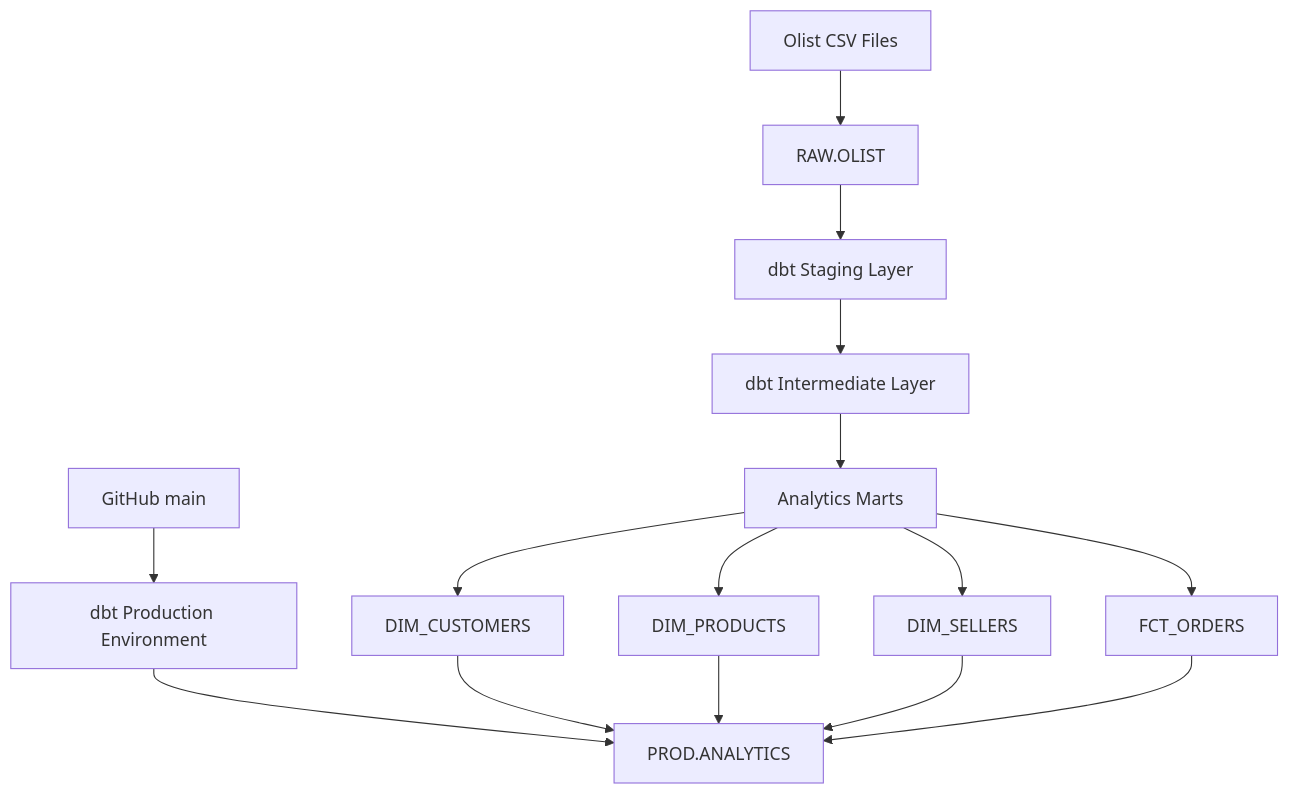
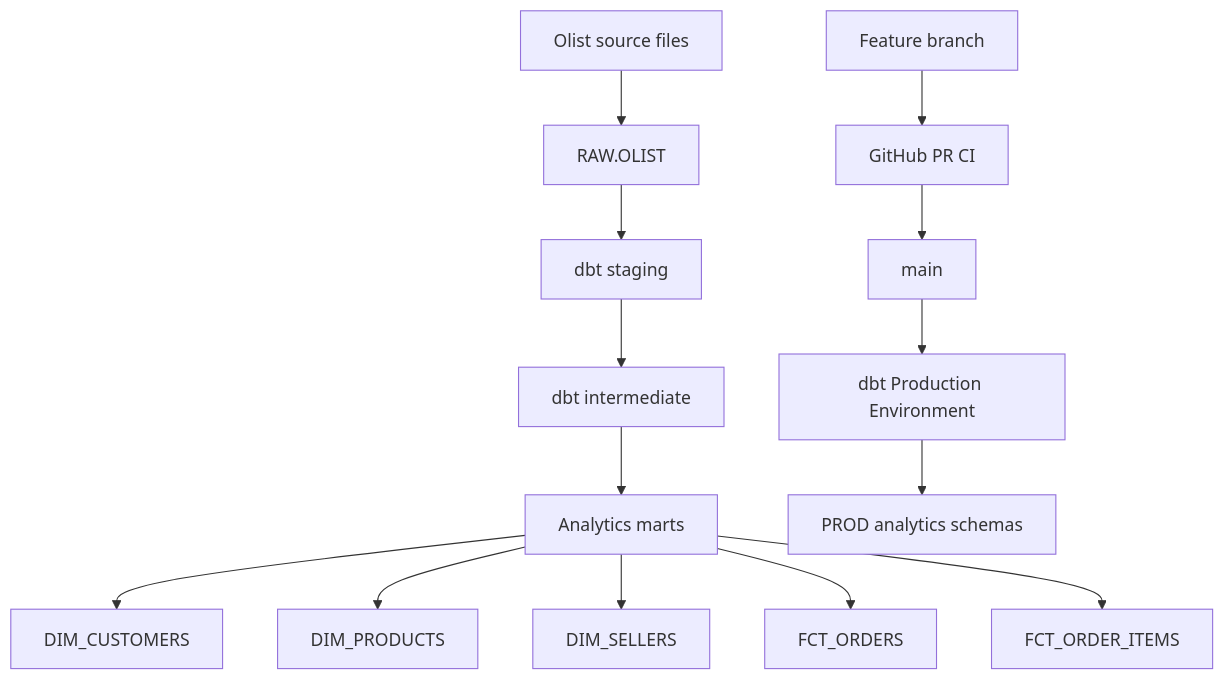
The diagram in README.md (Fuddie/olist-analytics), drawn with Mermaid before and after one commit. The commit also changed other lines of this file, not shown here.

Commit message:
Document production hardening architecture

````diff
--- a/README.md
+++ b/README.md
@@ -66,19 +47,18 @@
 ```mermaid
 flowchart TD
-    A[Olist CSV Files] --> B[RAW.OLIST]
-    B --> C[dbt Staging Layer]
-    C --> D[dbt Intermediate Layer]
-    D --> E[Analytics Marts]
+    A[Olist source files] --> B[RAW.OLIST]
+    B --> C[dbt staging]
+    C --> D[dbt intermediate]
+    D --> E[Analytics marts]
 
     E --> F[DIM_CUSTOMERS]
     E --> G[DIM_PRODUCTS]
     E --> H[DIM_SELLERS]
     E --> I[FCT_ORDERS]
+    E --> J[FCT_ORDER_ITEMS]
 
-    K[GitHub main] --> L[dbt Production Environment]
-    L --> M[PROD.ANALYTICS]
-    F --> M
-    G --> M
-    H --> M
-    I --> M
+    K[Feature branch] --> L[GitHub PR CI]
+    L --> M[main]
+    M --> N[dbt Production Environment]
+    N --> O[PROD analytics schemas]
 ```
````
